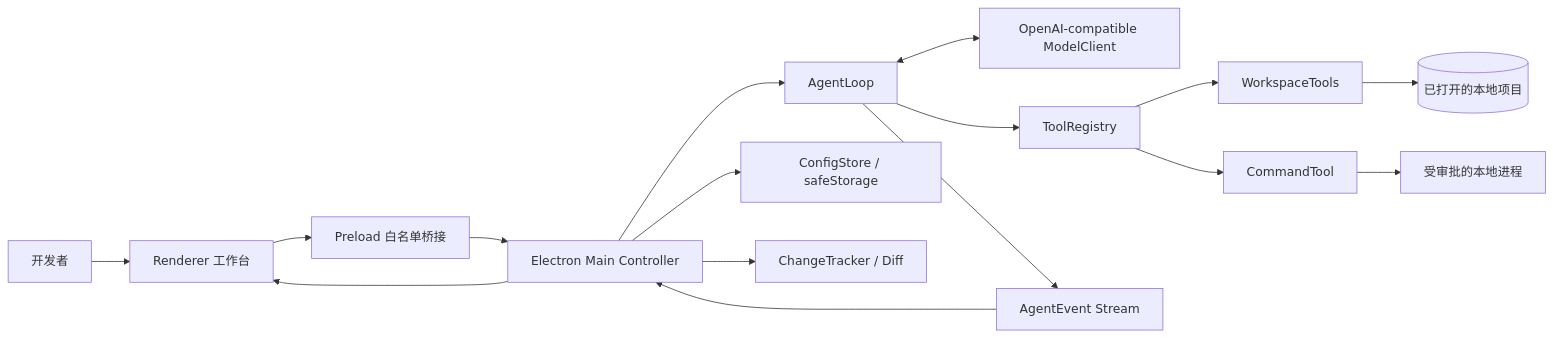
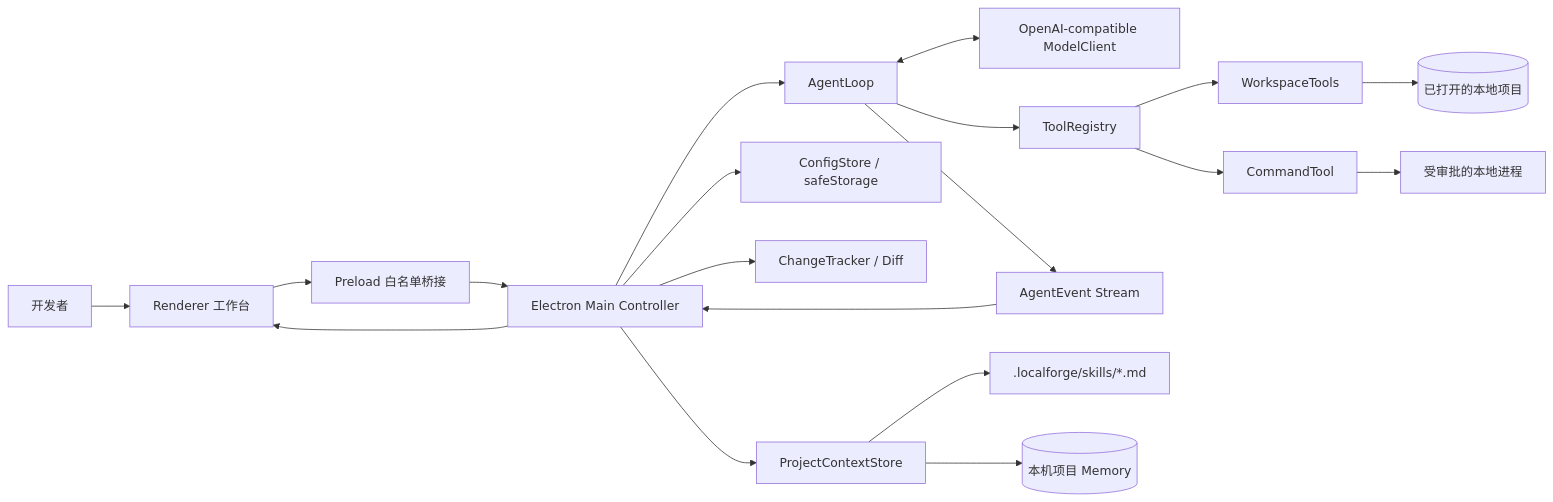
The first of 2 diagrams in docs/03-system-design.md (jycschool/localforge-agent), drawn with Mermaid before and after one commit. The commit also changed other lines of this file and 19 other files, not shown here.

Commit message:
feat: add project skills and memory

````diff
--- a/docs/03-system-design.md
+++ b/docs/03-system-design.md
@@ -9,18 +9,21 @@
 ```mermaid
 flowchart LR
     U[开发者] --> R[Renderer 工作台]
     R --> P[Preload 白名单桥接]
     P --> C[Electron Main Controller]
     C --> A[AgentLoop]
     A <--> M[OpenAI-compatible ModelClient]
     A --> T[ToolRegistry]
     T --> F[WorkspaceTools]
     T --> X[CommandTool]
     F --> W[(已打开的本地项目)]
     X --> O[受审批的本地进程]
     A --> E[AgentEvent Stream]
     E --> C
     C --> R
     C --> S[ConfigStore / safeStorage]
     C --> D[ChangeTracker / Diff]
+    C --> K[ProjectContextStore]
+    K --> SK[.localforge/skills/*.md]
+    K --> MM[(本机项目 Memory)]
 ```
````
